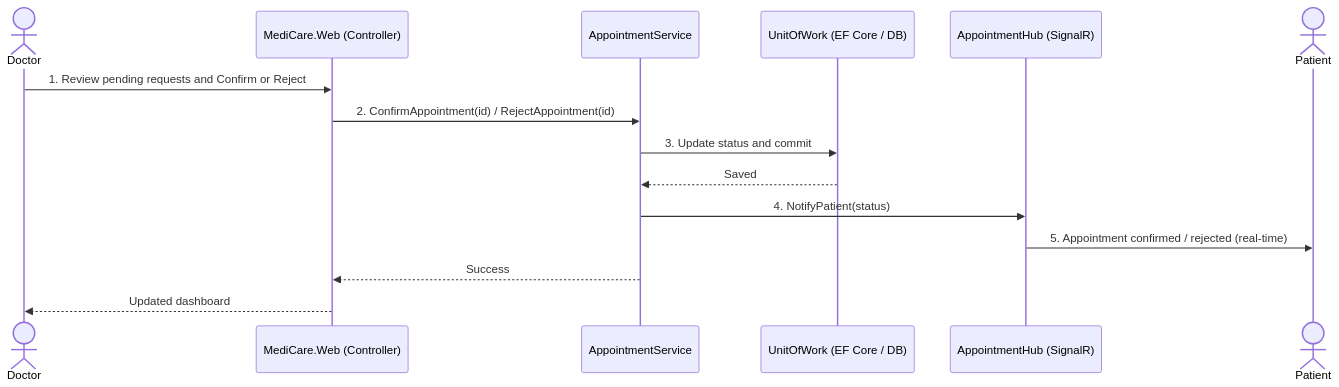
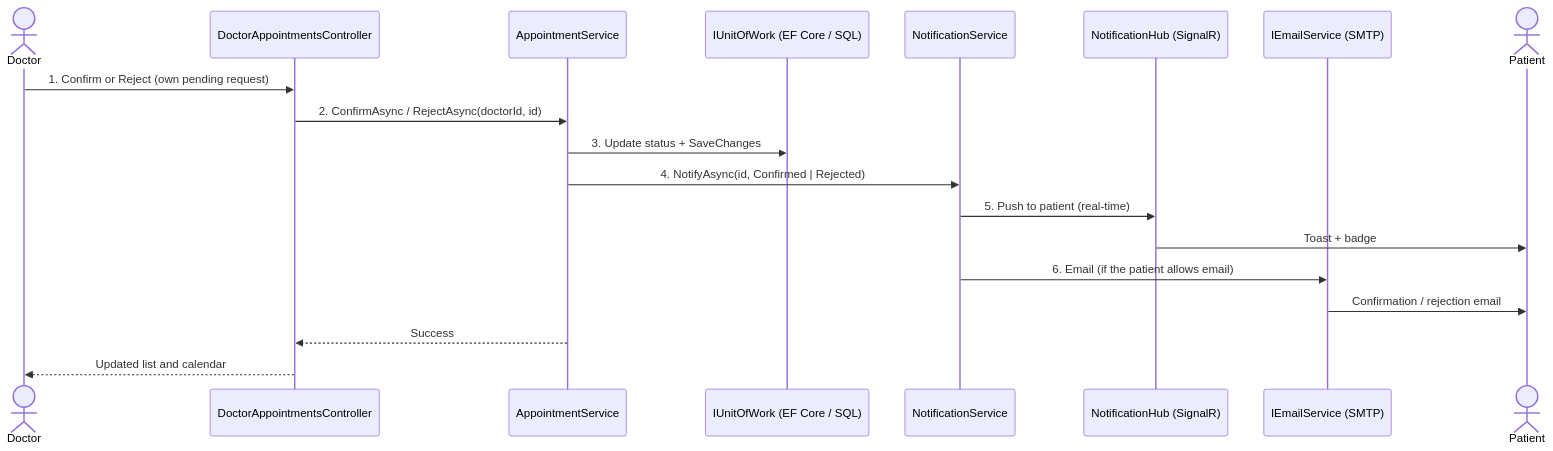
The third of 9 diagrams in mdFiles/4.3 Data Flow and System Behavior.md (3mrNasser/Medi-Care-Clinic-Management-Project-R5), drawn with Mermaid before and after one commit. The commit also changed other lines of this file and 18 other files, not shown here.

````diff
--- a/mdFiles/4.3 Data Flow and System Behavior.md
+++ b/mdFiles/4.3 Data Flow and System Behavior.md
@@ -83,18 +91,22 @@
 ```mermaid
 sequenceDiagram
     actor Doctor
-    participant Web as MediCare.Web (Controller)
+    participant Web as DoctorAppointmentsController
     participant Svc as AppointmentService
-    participant UoW as UnitOfWork (EF Core / DB)
-    participant Hub as AppointmentHub (SignalR)
+    participant UoW as IUnitOfWork (EF Core / SQL)
+    participant Notif as NotificationService
+    participant Hub as NotificationHub (SignalR)
+    participant Mail as IEmailService (SMTP)
     actor Patient
 
-    Doctor->>Web: 1. Review pending requests and Confirm or Reject
-    Web->>Svc: 2. ConfirmAppointment(id) / RejectAppointment(id)
-    Svc->>UoW: 3. Update status and commit
-    UoW-->>Svc: Saved
-    Svc->>Hub: 4. NotifyPatient(status)
-    Hub->>Patient: 5. Appointment confirmed / rejected (real-time)
+    Doctor->>Web: 1. Confirm or Reject (own pending request)
+    Web->>Svc: 2. ConfirmAsync / RejectAsync(doctorId, id)
+    Svc->>UoW: 3. Update status + SaveChanges
+    Svc->>Notif: 4. NotifyAsync(id, Confirmed | Rejected)
+    Notif->>Hub: 5. Push to patient (real-time)
+    Hub->>Patient: Toast + badge
+    Notif->>Mail: 6. Email (if the patient allows email)
+    Mail->>Patient: Confirmation / rejection email
     Svc-->>Web: Success
-    Web-->>Doctor: Updated dashboard
+    Web-->>Doctor: Updated list and calendar
 ```
````
